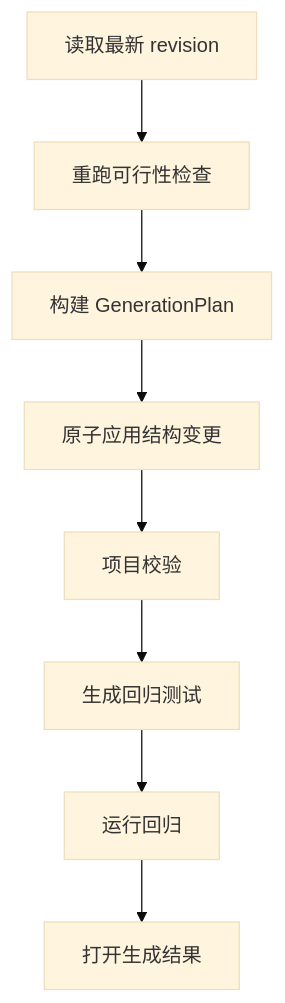
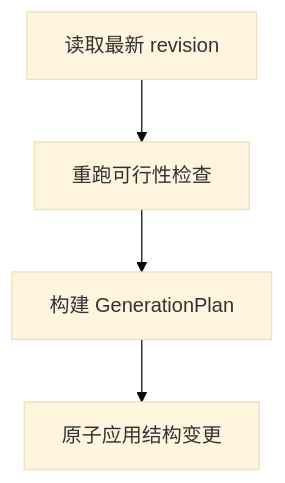
Before and after one commit to xns1997/FormFlow-Studio: the fourth of 5 diagrams in docs/template-operation-center-plan.md, drawn with Mermaid (base theme). The commit also changed other lines of this file and 36 other files, not shown here.

First line of the commit message:
docs: 补齐文档平台流程图并修正内容

````diff
--- a/docs/template-operation-center-plan.md
+++ b/docs/template-operation-center-plan.md
@@ -771,10 +772,6 @@
 ```mermaid
 flowchart TD
   A["读取最新 revision"] --> B["重跑可行性检查"]
   B --> C["构建 GenerationPlan"]
   C --> D["原子应用结构变更"]
-  D --> E["项目校验"]
-  E --> F["生成回归测试"]
-  F --> G["运行回归"]
-  G --> H["打开生成结果"]
 ```
````
